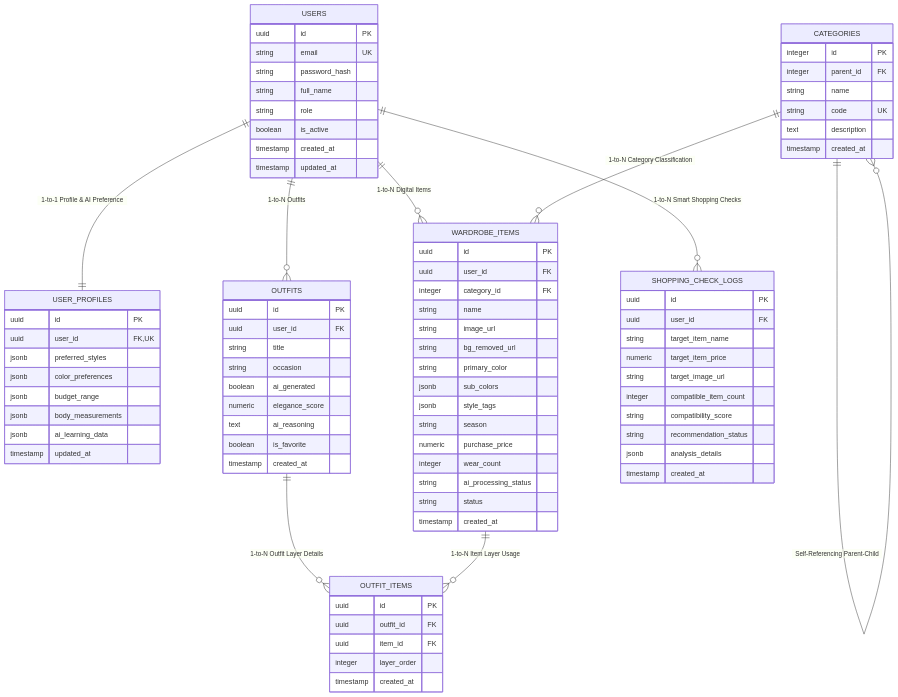
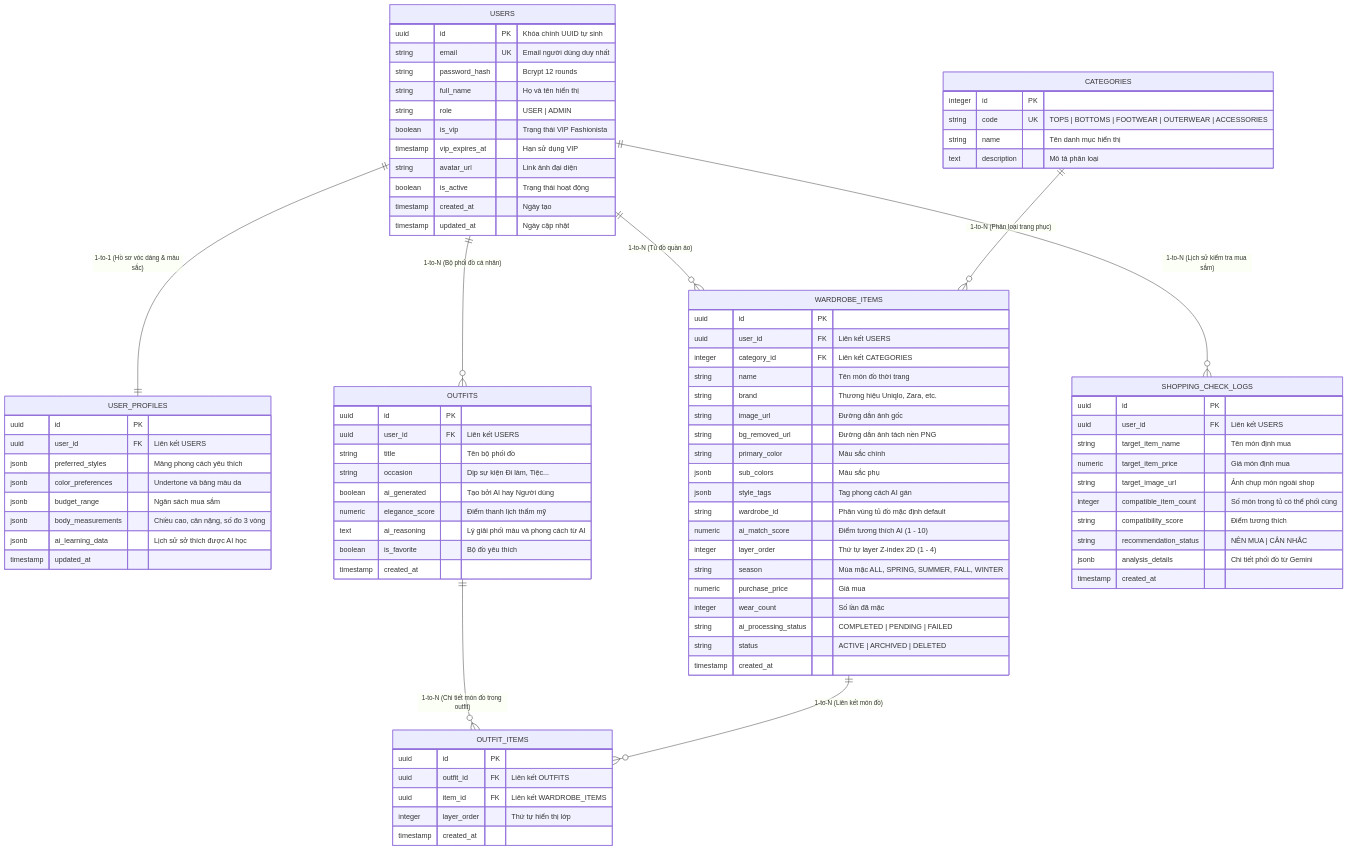
One commit to Vinhan05/Wearsy changed the fourth of 5 diagrams in docs/TECHNICAL_DOCUMENTATION.md. Above: the diagram before and after it, drawn with Mermaid. The commit also changed other lines of this file and 77 other files, not shown here.

````diff
--- a/docs/TECHNICAL_DOCUMENTATION.md
+++ b/docs/TECHNICAL_DOCUMENTATION.md
@@ -115,93 +249,97 @@
 ```mermaid
 erDiagram
-    USERS ||--|| USER_PROFILES : "1-to-1 Profile & AI Preference"
-    USERS ||--o{ WARDROBE_ITEMS : "1-to-N Digital Items"
-    USERS ||--o{ OUTFITS : "1-to-N Outfits"
-    USERS ||--o{ SHOPPING_CHECK_LOGS : "1-to-N Smart Shopping Checks"
-    CATEGORIES ||--o{ CATEGORIES : "Self-Referencing Parent-Child"
-    CATEGORIES ||--o{ WARDROBE_ITEMS : "1-to-N Category Classification"
-    OUTFITS ||--o{ OUTFIT_ITEMS : "1-to-N Outfit Layer Details"
-    WARDROBE_ITEMS ||--o{ OUTFIT_ITEMS : "1-to-N Item Layer Usage"
+    USERS ||--|| USER_PROFILES : "1-to-1 (Hồ sơ vóc dáng & màu sắc)"
+    USERS ||--o{ WARDROBE_ITEMS : "1-to-N (Tủ đồ quần áo)"
+    USERS ||--o{ OUTFITS : "1-to-N (Bộ phối đồ cá nhân)"
+    USERS ||--o{ SHOPPING_CHECK_LOGS : "1-to-N (Lịch sử kiểm tra mua sắm)"
+    CATEGORIES ||--o{ WARDROBE_ITEMS : "1-to-N (Phân loại trang phục)"
+    OUTFITS ||--o{ OUTFIT_ITEMS : "1-to-N (Chi tiết món đồ trong outfit)"
+    WARDROBE_ITEMS ||--o{ OUTFIT_ITEMS : "1-to-N (Liên kết món đồ)"
 
     USERS {
-        uuid id PK
-        string email UK
-        string password_hash
-        string full_name
-        string role
-        boolean is_active
-        timestamp created_at
-        timestamp updated_at
+        uuid id PK "Khóa chính UUID tự sinh"
+        string email UK "Email người dùng duy nhất"
+        string password_hash "Bcrypt 12 rounds"
+        string full_name "Họ và tên hiển thị"
+        string role "USER | ADMIN"
+        boolean is_vip "Trạng thái VIP Fashionista"
+        timestamp vip_expires_at "Hạn sử dụng VIP"
+        string avatar_url "Link ảnh đại diện"
+        boolean is_active "Trạng thái hoạt động"
+        timestamp created_at "Ngày tạo"
+        timestamp updated_at "Ngày cập nhật"
     }
 
     USER_PROFILES {
         uuid id PK
-        uuid user_id FK,UK
-        jsonb preferred_styles
-        jsonb color_preferences
-        jsonb budget_range
-        jsonb body_measurements
-        jsonb ai_learning_data
+        uuid user_id FK "Liên kết USERS"
+        jsonb preferred_styles "Mảng phong cách yêu thích"
+        jsonb color_preferences "Undertone và bảng màu da"
+        jsonb budget_range "Ngân sách mua sắm"
+        jsonb body_measurements "Chiều cao, cân nặng, số đo 3 vòng"
+        jsonb ai_learning_data "Lịch sử sở thích được AI học"
         timestamp updated_at
     }
 
     CATEGORIES {
         integer id PK
-        integer parent_id FK
-        string name
-        string code UK
-        text description
-        timestamp created_at
+        string code UK "TOPS | BOTTOMS | FOOTWEAR | OUTERWEAR | ACCESSORIES"
+        string name "Tên danh mục hiển thị"
+        text description "Mô tả phân loại"
     }
 
     WARDROBE_ITEMS {
         uuid id PK
-        uuid user_id FK
-        integer category_id FK
-        string name
-        string image_url
-        string bg_removed_url
-        string primary_color
-        jsonb sub_colors
-        jsonb style_tags
-        string season
-        numeric purchase_price
-        integer wear_count
-        string ai_processing_status
-        string status
+        uuid user_id FK "Liên kết USERS"
+        integer category_id FK "Liên kết CATEGORIES"
+        string name "Tên món đồ thời trang"
+        string brand "Thương hiệu Uniqlo, Zara, etc."
+        string image_url "Đường dẫn ảnh gốc"
+        string bg_removed_url "Đường dẫn ảnh tách nền PNG"
+        string primary_color "Màu sắc chính"
+        jsonb sub_colors "Màu sắc phụ"
+        jsonb style_tags "Tag phong cách AI gán"
+        string wardrobe_id "Phân vùng tủ đồ mặc định default"
+        numeric ai_match_score "Điểm tương thích AI (1 - 10)"
+        integer layer_order "Thứ tự layer Z-index 2D (1 - 4)"
+        string season "Mùa mặc ALL, SPRING, SUMMER, FALL, WINTER"
+        numeric purchase_price "Giá mua"
+        integer wear_count "Số lần đã mặc"
+        string ai_processing_status "COMPLETED | PENDING | FAILED"
+        string status "ACTIVE | ARCHIVED | DELETED"
         timestamp created_at
     }
 
     OUTFITS {
         uuid id PK
-        uuid user_id FK
-        string title
-        string occasion
-        boolean ai_generated
-        numeric elegance_score
-        text ai_reasoning
-        boolean is_favorite
+        uuid user_id FK "Liên kết USERS"
+        string title "Tên bộ phối đồ"
+        string occasion "Dịp sự kiện Đi làm, Tiệc..."
+        boolean ai_generated "Tạo bởi AI hay Người dùng"
+        numeric elegance_score "Điểm thanh lịch thẩm mỹ"
+        text ai_reasoning "Lý giải phối màu và phong cách từ AI"
+        boolean is_favorite "Bộ đồ yêu thích"
         timestamp created_at
     }
 
     OUTFIT_ITEMS {
         uuid id PK
-        uuid outfit_id FK
-        uuid item_id FK
-        integer layer_order
+        uuid outfit_id FK "Liên kết OUTFITS"
+        uuid item_id FK "Liên kết WARDROBE_ITEMS"
+        integer layer_order "Thứ tự hiển thị lớp"
         timestamp created_at
     }
 
     SHOPPING_CHECK_LOGS {
         uuid id PK
-        uuid user_id FK
-        string target_item_name
-        numeric target_item_price
-        string target_image_url
-        integer compatible_item_count
-        string compatibility_score
-        string recommendation_status
-        jsonb analysis_details
+        uuid user_id FK "Liên kết USERS"
+        string target_item_name "Tên món định mua"
+        numeric target_item_price "Giá món định mua"
+        string target_image_url "Ảnh chụp món ngoài shop"
+        integer compatible_item_count "Số món trong tủ có thể phối cùng"
+        string compatibility_score "Điểm tương thích"
+        string recommendation_status "NÊN MUA | CÂN NHẮC"
+        jsonb analysis_details "Chi tiết phối đồ từ Gemini"
         timestamp created_at
     }
 ```
````
